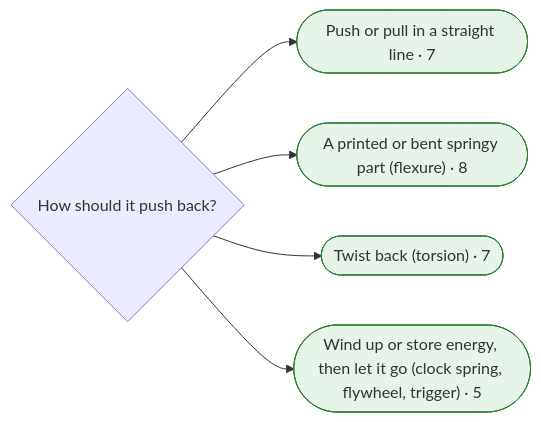
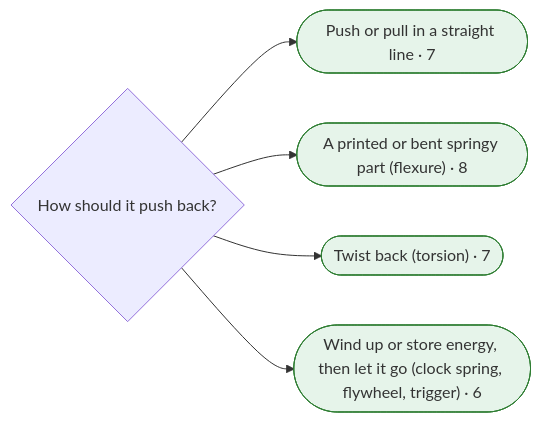
Before and after one commit to smileymcfrown/EncyclopediaOfConnections: the ninth of 11 diagrams in research/finder-test/mermaid.md, drawn with Mermaid. The commit also changed other lines of this file and 481 other files, not shown here.

````diff
--- a/research/finder-test/mermaid.md
+++ b/research/finder-test/mermaid.md
@@ -826,18 +894,18 @@
 ```mermaid
 flowchart LR
-  q295{"How should it push back?"}
-  a296(["Push or pull in a straight line · 7"])
-  q295 --> a296
-  class a296 leaf
-  a297(["A printed or bent springy part (flexure) · 8"])
-  q295 --> a297
-  class a297 leaf
-  a298(["Twist back (torsion) · 7"])
-  q295 --> a298
-  class a298 leaf
-  a299(["Wind up or store energy, then let it go (clock spring, flywheel, trigger) · 5"])
-  q295 --> a299
-  class a299 leaf
+  q321{"How should it push back?"}
+  a322(["Push or pull in a straight line · 7"])
+  q321 --> a322
+  class a322 leaf
+  a323(["A printed or bent springy part (flexure) · 8"])
+  q321 --> a323
+  class a323 leaf
+  a324(["Twist back (torsion) · 7"])
+  q321 --> a324
+  class a324 leaf
+  a325(["Wind up or store energy, then let it go (clock spring, flywheel, trigger) · 6"])
+  q321 --> a325
+  class a325 leaf
   classDef leaf fill:#e6f4ea,stroke:#2e7d32
   classDef more fill:#fff4e5,stroke:#b26a00
 ```
````
